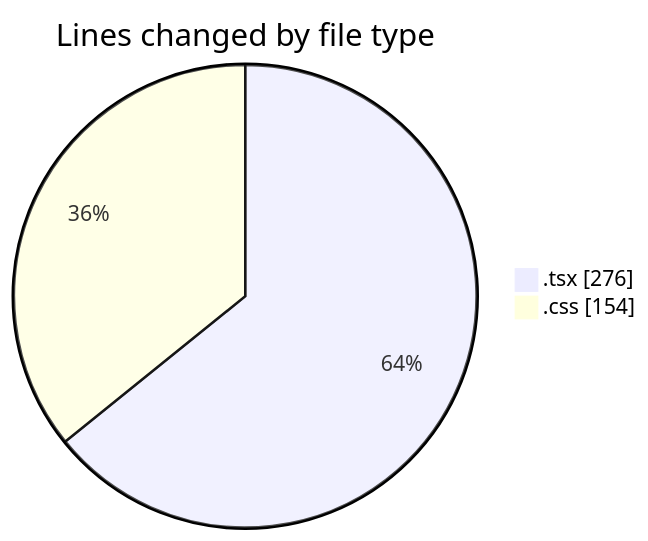
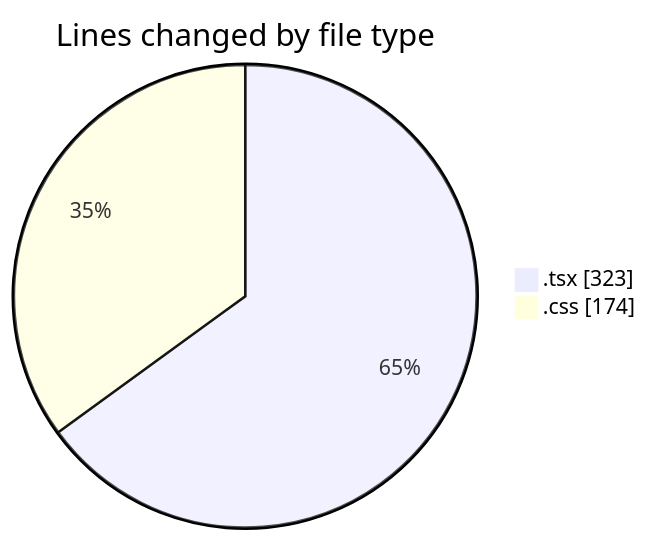
One commit to donsfak/code-tracking changed the first of 2 diagrams in 2025-02-13/portofolio/README.md. Above: the diagram before and after it, drawn with Mermaid. The commit also changed other lines of this file and 1 other file, not shown here.

````diff
--- a/2025-02-13/portofolio/README.md
+++ b/2025-02-13/portofolio/README.md
@@ -21,6 +21,6 @@
 ```mermaid
 pie showData
 title Lines changed by file type
-".tsx" : 276
-".css" : 154
+".tsx" : 323
+".css" : 174
 ```
````
